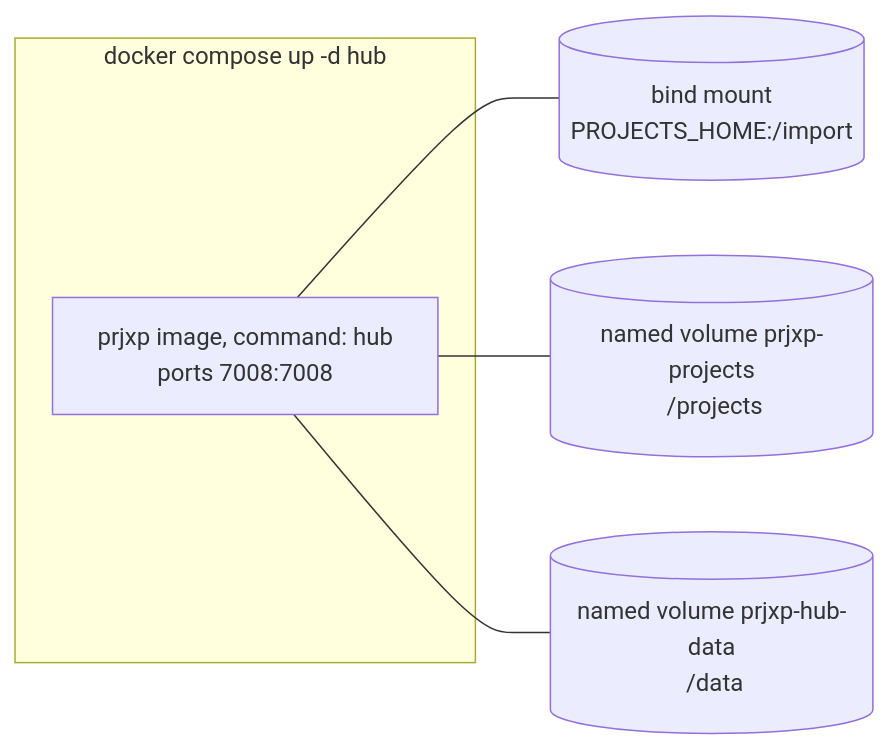
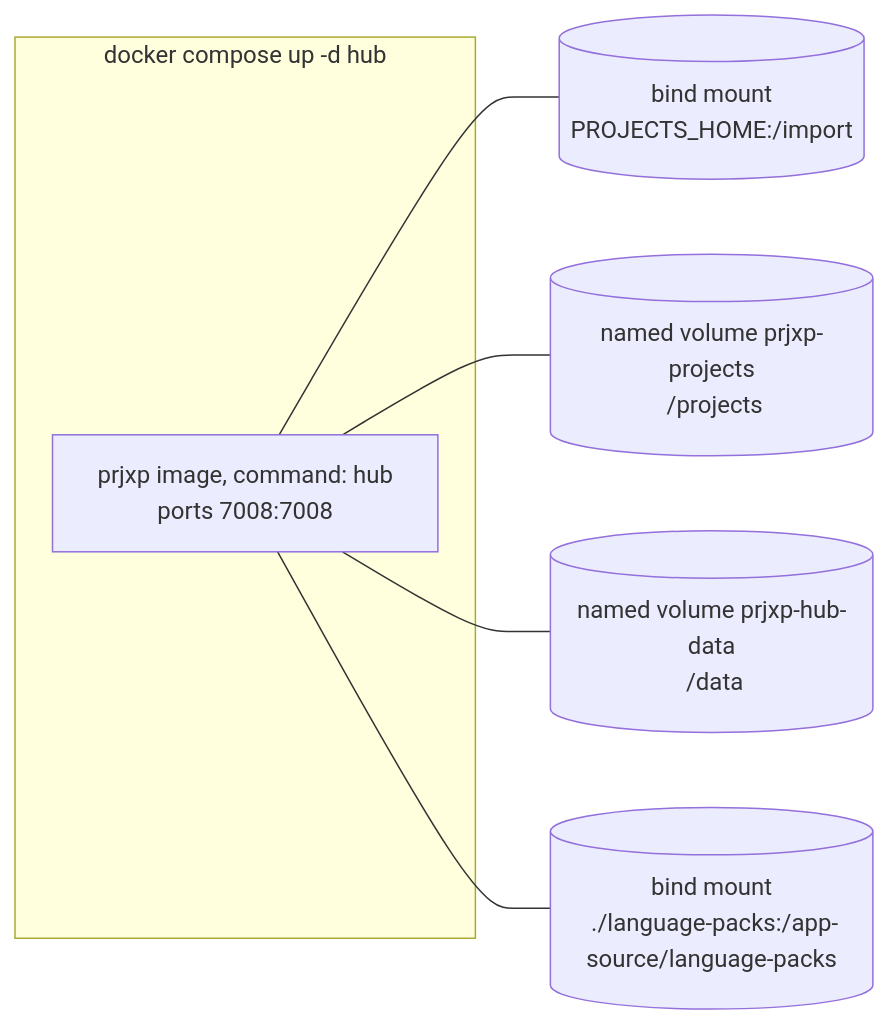
One commit to carstenSpraener/prjxp changed the second of 2 diagrams in doc/arc42/07_deployment_view.md. Above: the diagram before and after it, drawn with Mermaid. The commit also changed other lines of this file and 16 other files, not shown here.

First line of the commit message:
docs: align READMEs and arc42 with the LanguagePack architecture

````diff
--- a/doc/arc42/07_deployment_view.md
+++ b/doc/arc42/07_deployment_view.md
@@ -76,10 +80,11 @@
 ```mermaid
 flowchart LR
     subgraph compose ["docker compose up -d hub"]
         H["prjxp image, command: hub<br/>ports 7008:7008"]
     end
     V1[("bind mount<br/> PROJECTS_HOME:/import")]
     V2[("named volume prjxp-projects<br/> /projects")]
     V3[("named volume prjxp-hub-data<br/> /data")]
-    H --- V1 & V2 & V3
+    V4[("bind mount<br/> ./language-packs:/app-source/language-packs")]
+    H --- V1 & V2 & V3 & V4
 ```
````
